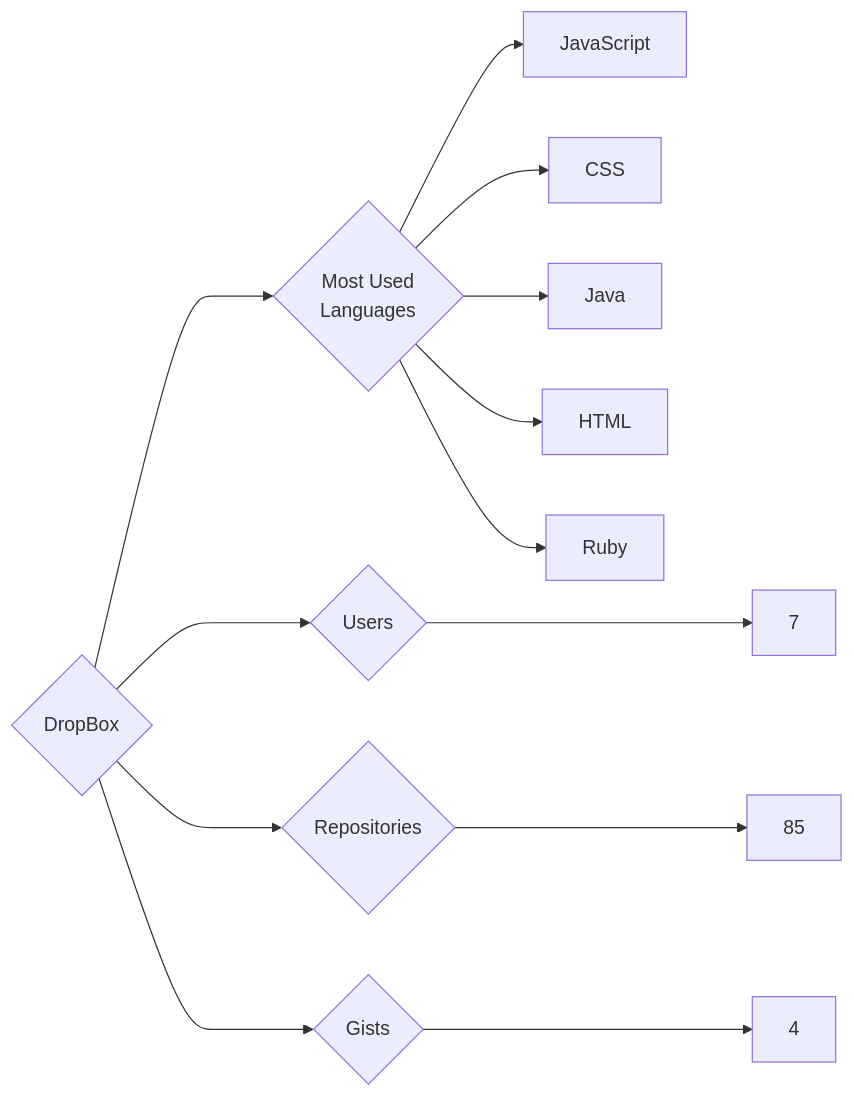
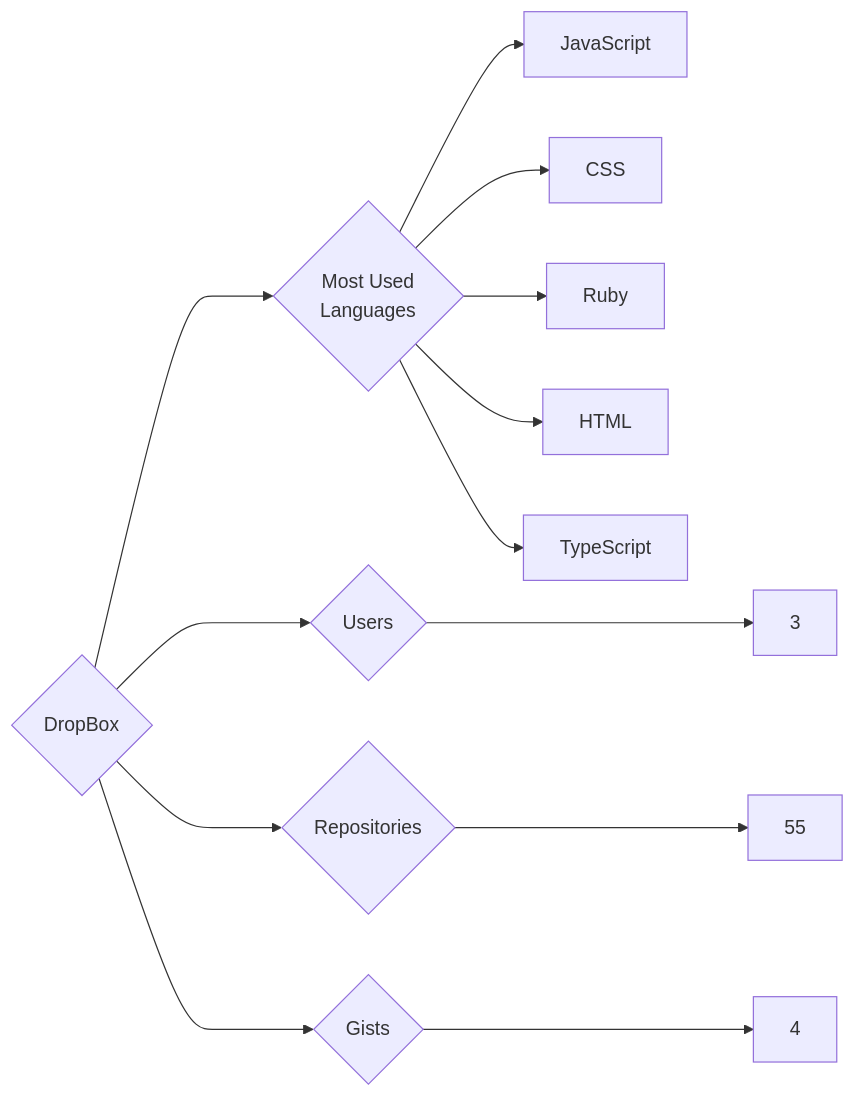
The diagram in targets/DropBox/README.md (trickest/insiders), drawn with Mermaid before and after one commit. The commit also changed 985 other files, not shown here.

````diff
--- a/targets/DropBox/README.md
+++ b/targets/DropBox/README.md
@@ -3,13 +3,13 @@
 ```mermaid
 graph LR
 COMPANY_NAME{DropBox}
-COMPANY_NAME ---> U{Users} ---> UN[7]
-COMPANY_NAME ---> R{Repositories} ---> RN[85]
+COMPANY_NAME ---> U{Users} ---> UN[3]
+COMPANY_NAME ---> R{Repositories} ---> RN[55]
 COMPANY_NAME ---> G{Gists} ---> GN[4]
 COMPANY_NAME ---> ML{Most Used<br>Languages}
 ML --> JavaScript[JavaScript]
 ML --> CSS[CSS]
-ML --> Java[Java]
+ML --> Ruby[Ruby]
 ML --> HTML[HTML]
-ML --> Ruby[Ruby]
+ML --> TypeScript[TypeScript]
 ```
````
